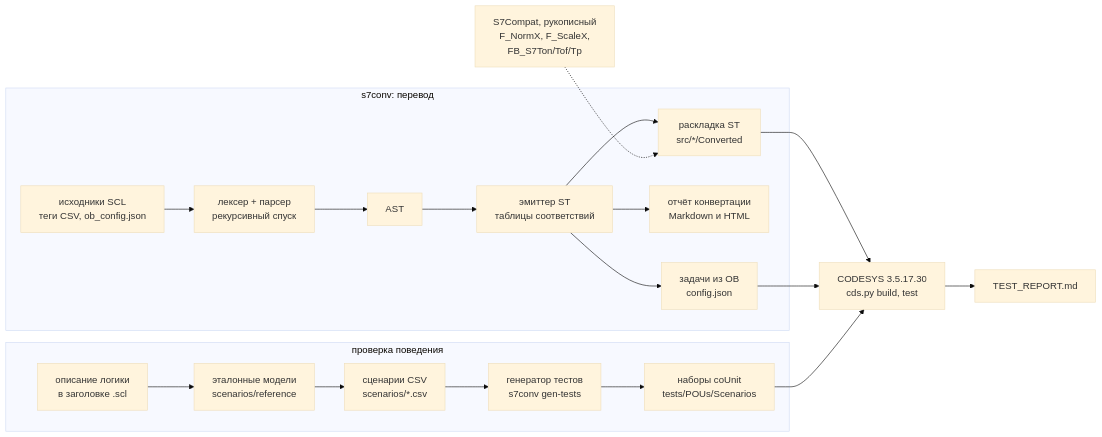
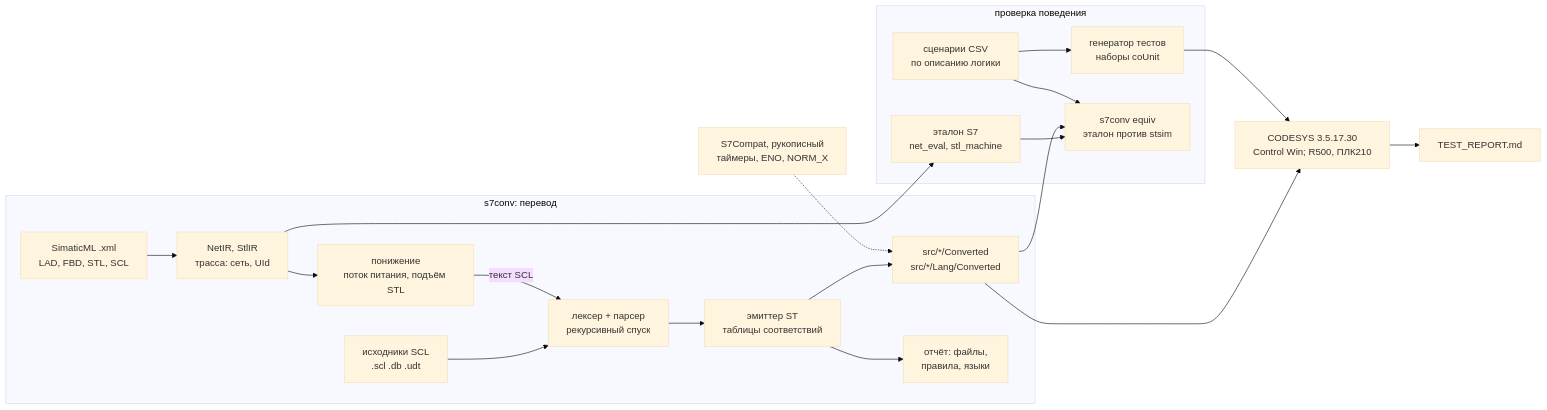
One commit to kr0nsch/s7-to-codesys changed the diagram in README.md. Above: the diagram before and after it, drawn with Mermaid (base theme). The commit also changed other lines of this file and 6 other files, not shown here.

Commit message:
docs: README и инструкции выпуска 1.1.0 — все языки S7, ПЛК210 и REGUL R500, границы по языкам

````diff
--- a/README.md
+++ b/README.md
@@ -321,22 +361,23 @@
 ```mermaid
 flowchart LR
     subgraph conv["s7conv: перевод"]
-        scl["исходники SCL<br/>теги CSV, ob_config.json"] --> parse["лексер + парсер<br/>рекурсивный спуск"]
-        parse --> ast["AST"]
-        ast --> emit["эмиттер ST<br/>таблицы соответствий"]
-        emit --> layout["раскладка ST<br/>src/*/Converted"]
-        emit --> rep["отчёт конвертации<br/>Markdown и HTML"]
-        emit --> tasks["задачи из OB<br/>config.json"]
+        scl["исходники SCL<br/>.scl .db .udt"] --> parse["лексер + парсер<br/>рекурсивный спуск"]
+        xml["SimaticML .xml<br/>LAD, FBD, STL, SCL"] --> ir["NetIR, StlIR<br/>трасса: сеть, UId"]
+        ir --> low["понижение<br/>поток питания, подъём STL"]
+        low -->|"текст SCL"| parse
+        parse --> emit["эмиттер ST<br/>таблицы соответствий"]
+        emit --> layout["src/*/Converted<br/>src/*/Lang/Converted"]
+        emit --> rep["отчёт: файлы,<br/>правила, языки"]
     end
     subgraph beh["проверка поведения"]
-        desc["описание логики<br/>в заголовке .scl"] --> models["эталонные модели<br/>scenarios/reference"]
-        models --> csv["сценарии CSV<br/>scenarios/*.csv"]
-        csv --> gen["генератор тестов<br/>s7conv gen-tests"]
-        gen --> suites["наборы coUnit<br/>tests/POUs/Scenarios"]
+        csv["сценарии CSV<br/>по описанию логики"] --> gen["генератор тестов<br/>наборы coUnit"]
+        ref["эталон S7<br/>net_eval, stl_machine"] --> eq["s7conv equiv<br/>эталон против stsim"]
     end
-    compat["S7Compat, рукописный<br/>F_NormX, F_ScaleX,<br/>FB_S7Ton/Tof/Tp"] -.-> layout
-    layout --> cds["CODESYS 3.5.17.30<br/>cds.py build, test"]
-    tasks --> cds
-    suites --> cds
+    ir --> ref
+    layout --> eq
+    csv --> eq
+    compat["S7Compat, рукописный<br/>таймеры, ENO, NORM_X"] -.-> layout
+    layout --> cds["CODESYS 3.5.17.30<br/>Control Win; R500, ПЛК210"]
+    gen --> cds
     cds --> trep["TEST_REPORT.md"]
 ```
````
